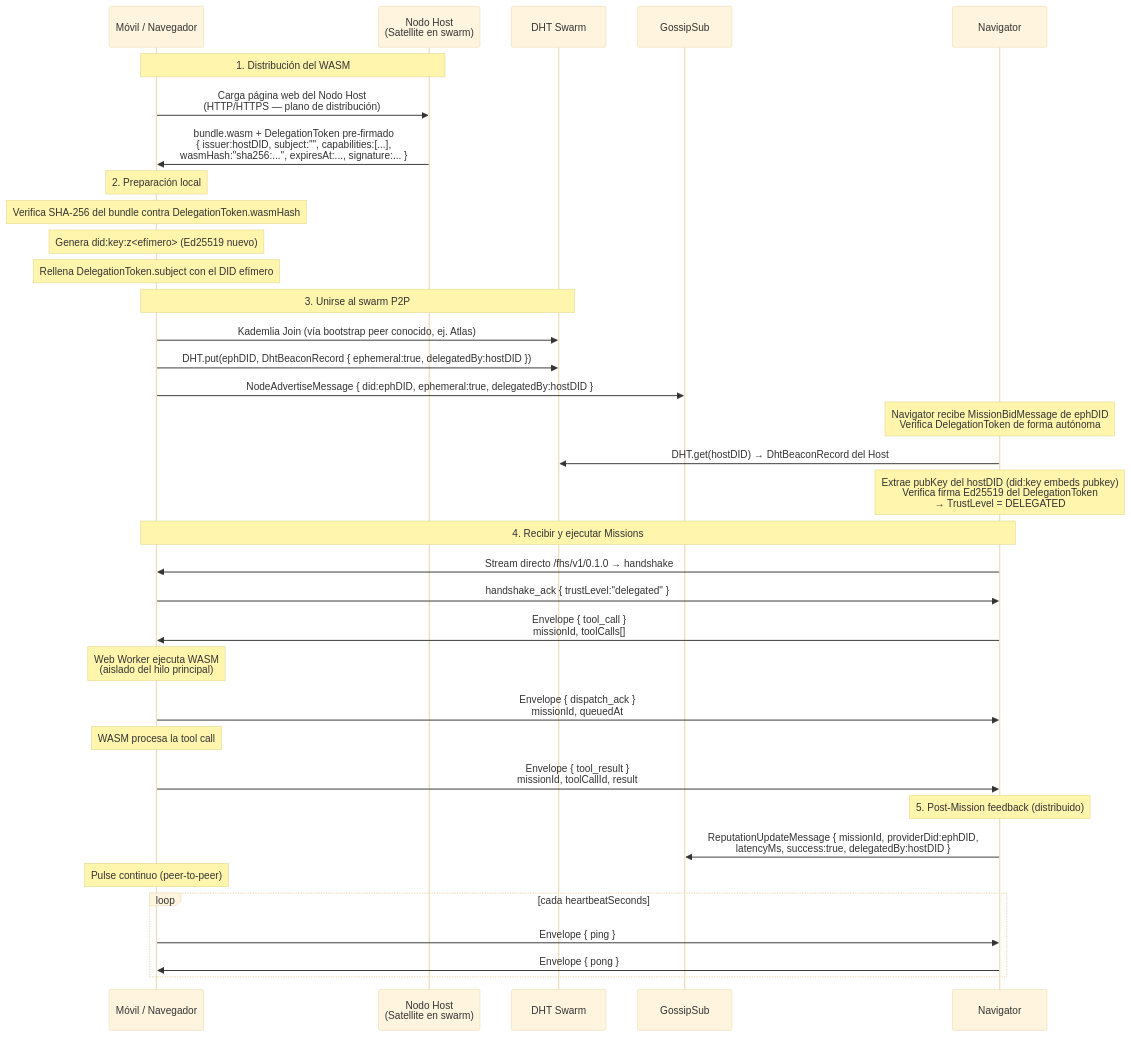
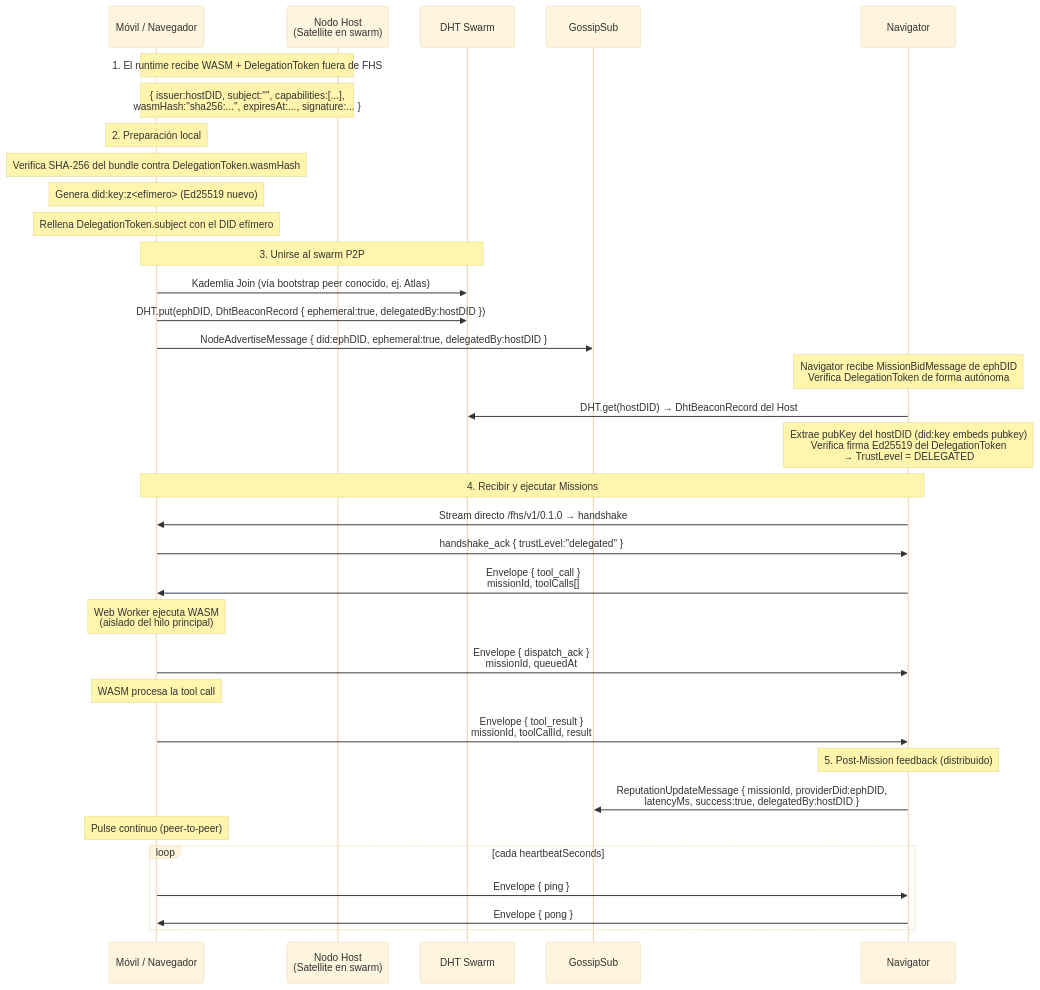
The first of 3 diagrams in docs/ephemeral-satellite.md (rafex/galaxIA), drawn with Mermaid (base theme) before and after one commit. The commit also changed other lines of this file and 32 other files, not shown here.

````diff
--- a/docs/ephemeral-satellite.md
+++ b/docs/ephemeral-satellite.md
@@ -18,55 +18,53 @@
 ```mermaid
 sequenceDiagram
     participant M as Móvil / Navegador
     participant H as Nodo Host<br/>(Satellite en swarm)
     participant D as DHT Swarm
     participant G as GossipSub
     participant NAV as Navigator
 
-    note over M,H: 1. Distribución del WASM
-
-    M->>H: Carga página web del Nodo Host<br/>(HTTP/HTTPS — plano de distribución)
-    H->>M: bundle.wasm + DelegationToken pre-firmado<br/>{ issuer:hostDID, subject:"", capabilities:[...],<br/>wasmHash:"sha256:...", expiresAt:..., signature:... }
+    note over M,H: 1. El runtime recibe WASM + DelegationToken fuera de FHS
+    note over M,H: { issuer:hostDID, subject:"", capabilities:[...],<br/>wasmHash:"sha256:...", expiresAt:..., signature:... }
 
     note over M: 2. Preparación local
     note over M: Verifica SHA-256 del bundle contra DelegationToken.wasmHash
     note over M: Genera did:key:z<efímero> (Ed25519 nuevo)
     note over M: Rellena DelegationToken.subject con el DID efímero
 
     note over M,D: 3. Unirse al swarm P2P
 
     M->>D: Kademlia Join (vía bootstrap peer conocido, ej. Atlas)
     M->>D: DHT.put(ephDID, DhtBeaconRecord { ephemeral:true, delegatedBy:hostDID })
     M->>G: NodeAdvertiseMessage { did:ephDID, ephemeral:true, delegatedBy:hostDID }
 
     note over NAV: Navigator recibe MissionBidMessage de ephDID<br/>Verifica DelegationToken de forma autónoma
 
     NAV->>D: DHT.get(hostDID) → DhtBeaconRecord del Host
     note over NAV: Extrae pubKey del hostDID (did:key embeds pubkey)<br/>Verifica firma Ed25519 del DelegationToken<br/>→ TrustLevel = DELEGATED
 
     note over M,NAV: 4. Recibir y ejecutar Missions
 
     NAV->>M: Stream directo /fhs/v1/0.1.0 → handshake
     M->>NAV: handshake_ack { trustLevel:"delegated" }
 
     NAV->>M: Envelope { tool_call }<br/>missionId, toolCalls[]
 
     note over M: Web Worker ejecuta WASM<br/>(aislado del hilo principal)
 
     M->>NAV: Envelope { dispatch_ack }<br/>missionId, queuedAt
 
     note over M: WASM procesa la tool call
 
     M->>NAV: Envelope { tool_result }<br/>missionId, toolCallId, result
 
     note over NAV: 5. Post-Mission feedback (distribuido)
 
     NAV->>G: ReputationUpdateMessage { missionId, providerDid:ephDID,<br/>latencyMs, success:true, delegatedBy:hostDID }
 
     note over M: Pulse continuo (peer-to-peer)
 
     loop cada heartbeatSeconds
         M->>NAV: Envelope { ping }
         NAV->>M: Envelope { pong }
     end
 ```
````
